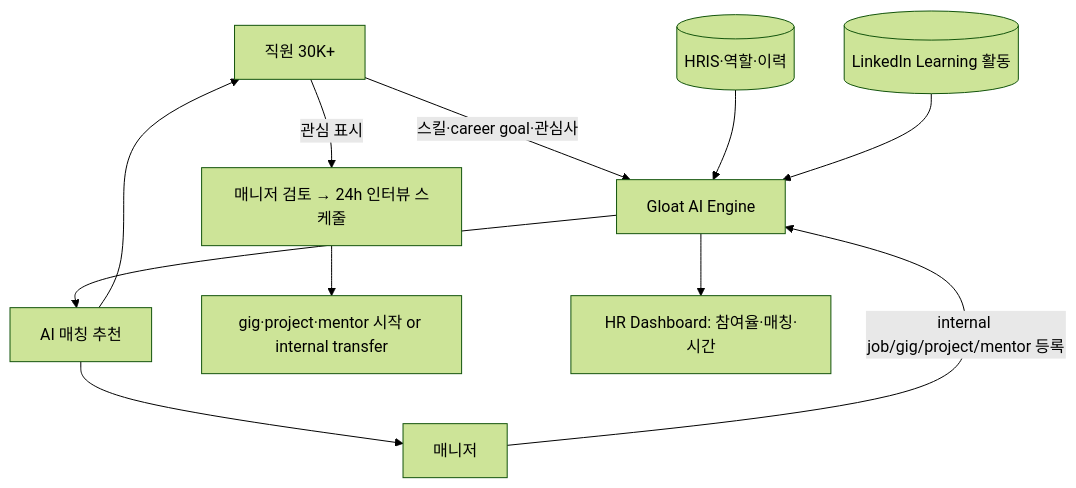
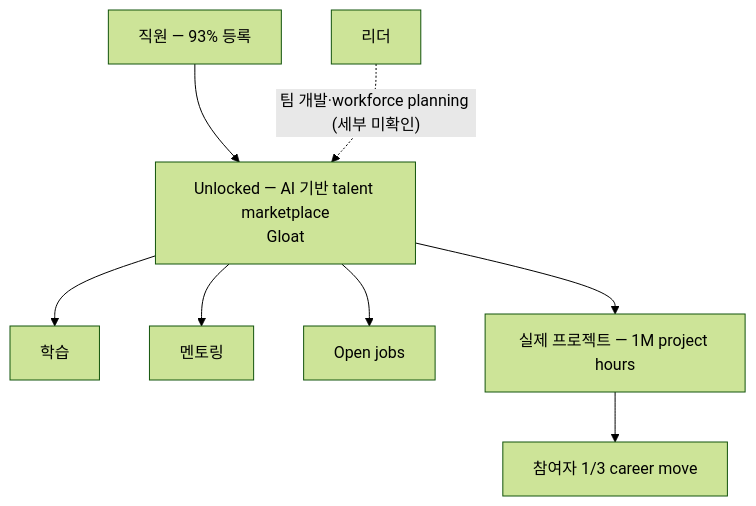
Before and after one commit to jameskim1st/hr-ai-benchmark: the diagram in wiki/usecases/mastercard-unlocked-gloat-talent-marketplace.md, drawn with Mermaid (forest theme). The commit also changed other lines of this file and 222 other files, not shown here.

````diff
--- a/wiki/usecases/mastercard-unlocked-gloat-talent-marketplace.md
+++ b/wiki/usecases/mastercard-unlocked-gloat-talent-marketplace.md
@@ -110,13 +107,10 @@
 ```mermaid
 flowchart TB
-    Emp[직원 30K+] -->|스킬·career goal·관심사| Gloat[Gloat AI Engine]
-    HRIS[(HRIS·역할·이력)] --> Gloat
-    LL[(LinkedIn Learning 활동)] --> Gloat
-    Mgr[매니저] -->|internal job/gig/project/mentor 등록| Gloat
-    Gloat --> Match[AI 매칭 추천]
-    Match --> Emp
-    Match --> Mgr
-    Emp -->|관심 표시| Approve[매니저 검토 → 24h 인터뷰 스케줄]
-    Approve --> Outcome[gig·project·mentor 시작 or internal transfer]
-    Gloat --> Dashboard[HR Dashboard: 참여율·매칭·시간]
+    Emp[직원 — 93% 등록] --> Unlocked[Unlocked — AI 기반 talent marketplace<br/>Gloat]
+    Unlocked --> Learn[학습]
+    Unlocked --> Mentor[멘토링]
+    Unlocked --> Jobs[Open jobs]
+    Unlocked --> Proj[실제 프로젝트 — 1M project hours]
+    Proj --> Move[참여자 1/3 career move]
+    Leader[리더] -.->|"팀 개발·workforce planning (세부 미확인)"| Unlocked
 ```
````
